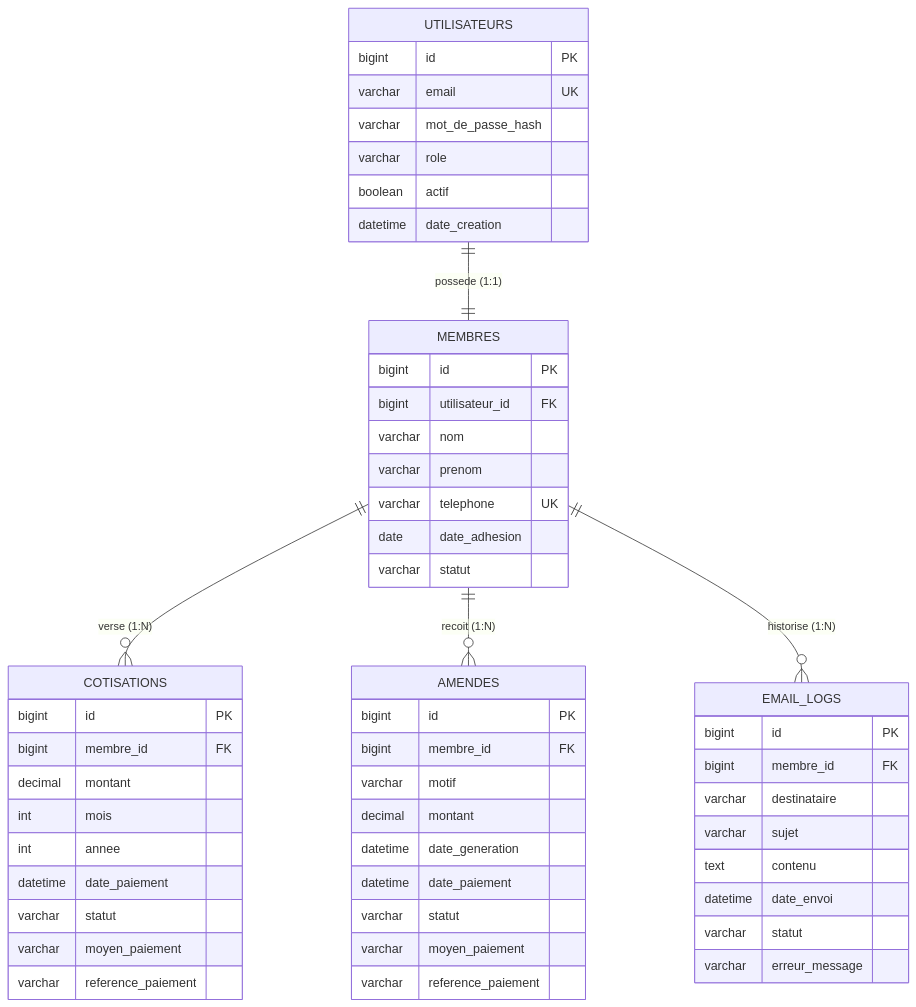
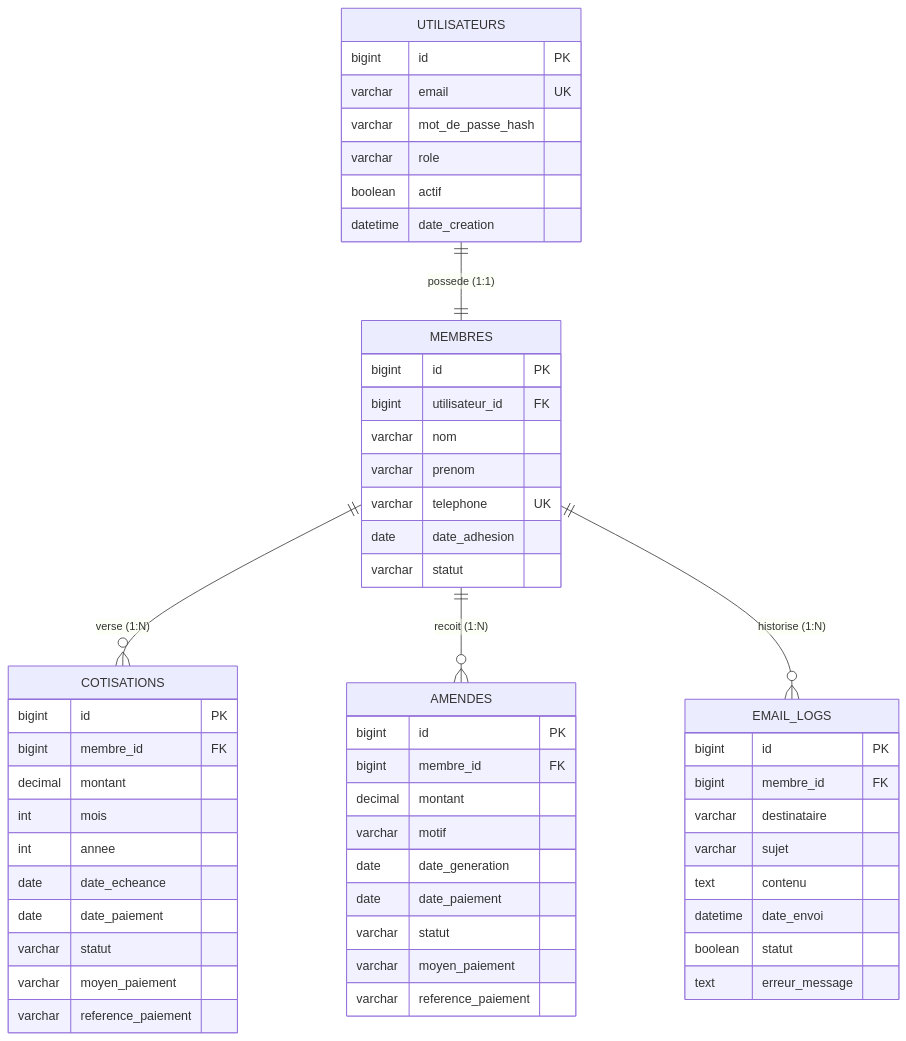
The second of 2 diagrams in RAPPORT_PROJET.md (eMb0811/projet_cotisation_java), drawn with Mermaid before and after one commit. The commit also changed other lines of this file and 19 other files, not shown here.

````diff
--- a/RAPPORT_PROJET.md
+++ b/RAPPORT_PROJET.md
@@ -76,61 +79,62 @@
 ```mermaid
 erDiagram
     UTILISATEURS ||--|| MEMBRES : "possede (1:1)"
     MEMBRES ||--o{ COTISATIONS : "verse (1:N)"
     MEMBRES ||--o{ AMENDES : "recoit (1:N)"
     MEMBRES ||--o{ EMAIL_LOGS : "historise (1:N)"
 
     UTILISATEURS {
         bigint id PK
         varchar email UK
         varchar mot_de_passe_hash
         varchar role
         boolean actif
         datetime date_creation
     }
 
     MEMBRES {
         bigint id PK
         bigint utilisateur_id FK
         varchar nom
         varchar prenom
         varchar telephone UK
         date date_adhesion
         varchar statut
     }
 
     COTISATIONS {
         bigint id PK
         bigint membre_id FK
         decimal montant
         int mois
         int annee
-        datetime date_paiement
+        date date_echeance
+        date date_paiement
         varchar statut
         varchar moyen_paiement
         varchar reference_paiement
     }
 
     AMENDES {
         bigint id PK
         bigint membre_id FK
+        decimal montant
         varchar motif
-        decimal montant
-        datetime date_generation
-        datetime date_paiement
+        date date_generation
+        date date_paiement
         varchar statut
         varchar moyen_paiement
         varchar reference_paiement
     }
 
     EMAIL_LOGS {
         bigint id PK
         bigint membre_id FK
         varchar destinataire
         varchar sujet
         text contenu
         datetime date_envoi
-        varchar statut
-        varchar erreur_message
+        boolean statut
+        text erreur_message
     }
 ```
````
